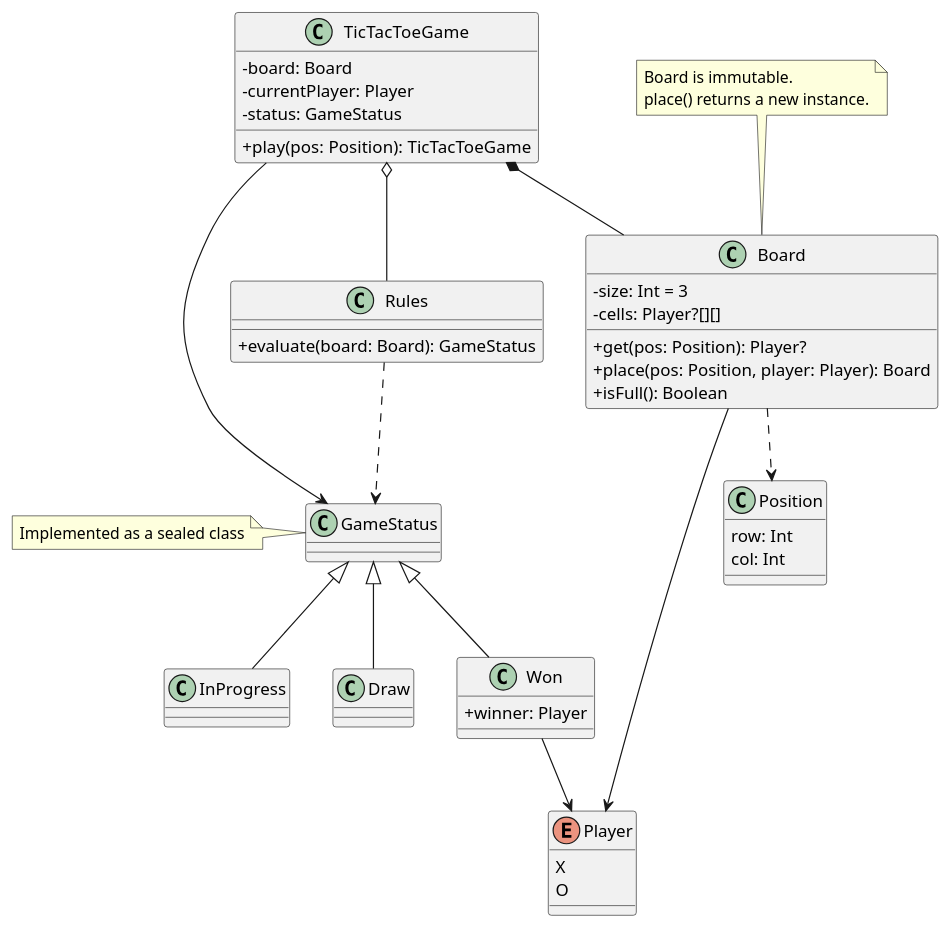
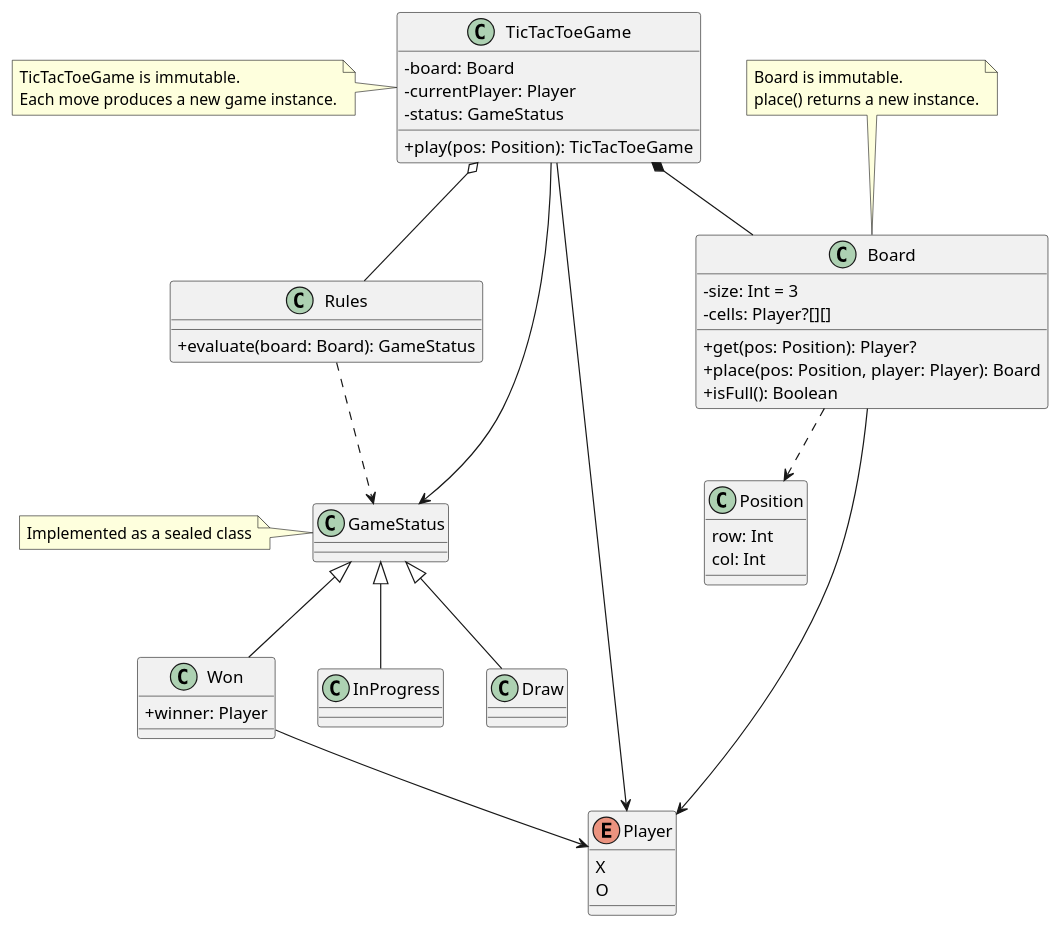
One commit to Mirodeon/2026-DEV2-003-BNP changed the diagram in docs/domain-model.puml. Above: the diagram before and after it, drawn with PlantUML.

Commit message:
design: align domain model with game immutability and current player

```diff
--- a/docs/domain-model.puml
+++ b/docs/domain-model.puml
@@ -1,61 +1,67 @@
 @startuml
 skinparam classAttributeIconSize 0
 
 enum Player {
   X
   O
 }
 
 class Position {
   row: Int
   col: Int
 }
 
 class Board {
   - size: Int = 3
   - cells: Player?[][]
   + get(pos: Position): Player?
   + place(pos: Position, player: Player): Board
   + isFull(): Boolean
 }
 
 class GameStatus
 class InProgress
 class Draw
 class Won {
   + winner: Player
 }
 
 GameStatus <|-- InProgress
 GameStatus <|-- Draw
 GameStatus <|-- Won
 
 class TicTacToeGame {
   - board: Board
   - currentPlayer: Player
   - status: GameStatus
   + play(pos: Position): TicTacToeGame
 }
 
 class Rules {
   + evaluate(board: Board): GameStatus
 }
 
 TicTacToeGame *-- Board
 TicTacToeGame o-- Rules
 TicTacToeGame --> GameStatus
+TicTacToeGame --> Player
 Rules ..> GameStatus
 Board --> Player
 Board ..> Position
 Won --> Player
+
+note left of TicTacToeGame
+  TicTacToeGame is immutable.
+  Each move produces a new game instance.
+end note
 
 note left of GameStatus
   Implemented as a sealed class
 end note
 
 note top of Board
   Board is immutable.
   place() returns a new instance.
 end note
 
 @enduml
```
